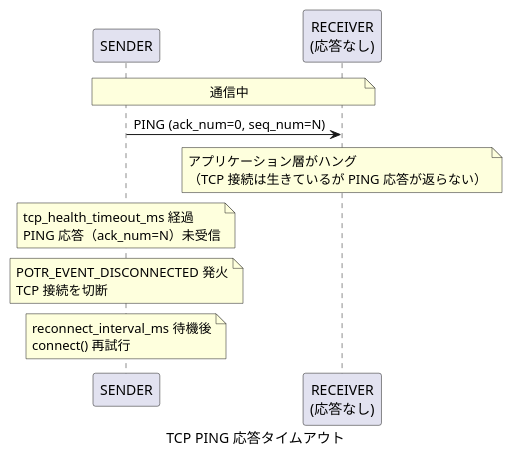
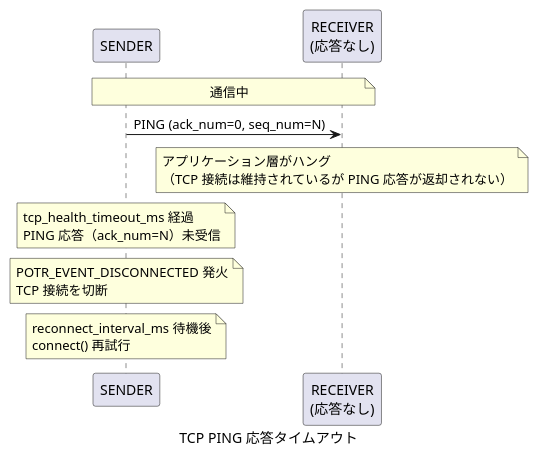
The fifth of 9 diagrams in docs/sequence-tcp.md (Hondarer/app_porter), drawn with PlantUML before and after one commit. The commit also changed other lines of this file and 39 other files, not shown here.

````diff
--- a/docs/sequence-tcp.md
+++ b/docs/sequence-tcp.md
@@ -153,18 +153,18 @@
 ```plantuml
 @startuml TCP PING 応答タイムアウト
 caption TCP PING 応答タイムアウト
 
 participant "SENDER" as S
 participant "RECEIVER\n(応答なし)" as R
 
 note over S,R: 通信中
 
 S -> R: PING (ack_num=0, seq_num=N)
-note over R: アプリケーション層がハング\n（TCP 接続は生きているが PING 応答が返らない）
+note over R: アプリケーション層がハング\n（TCP 接続は維持されているが PING 応答が返却されない）
 note over S: tcp_health_timeout_ms 経過\nPING 応答（ack_num=N）未受信
 note over S: POTR_EVENT_DISCONNECTED 発火\nTCP 接続を切断
 
 note over S: reconnect_interval_ms 待機後\nconnect() 再試行
 
 @enduml
 ```
````
